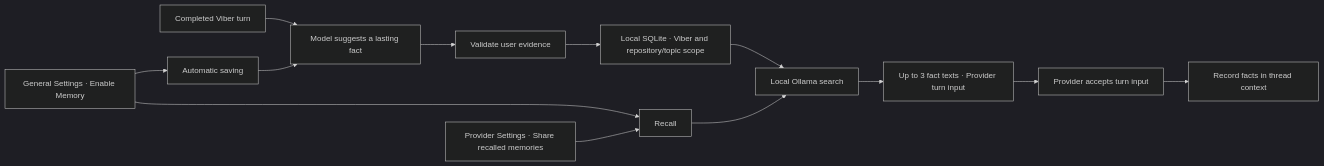
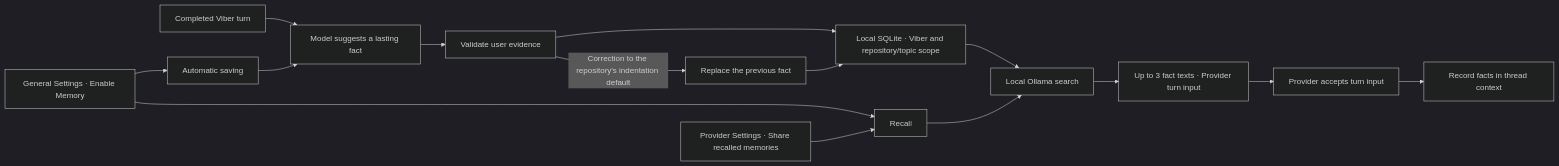
Before and after one commit to akshajrawat/akkco-vibestar: the second of 2 diagrams in FEATUREMAP.md, drawn with Mermaid (dark theme). The commit also changed 5 other files, not shown here.

````diff
--- a/FEATUREMAP.md
+++ b/FEATUREMAP.md
@@ -73,12 +73,13 @@
 ```mermaid
 flowchart LR
     Viber["Completed Viber turn"] --> Suggest["Model suggests a lasting fact"]
     Settings["General Settings · Enable Memory"] --> Learn["Automatic saving"]
     Settings --> Recall["Recall"]
     Permissions["Provider Settings · Share recalled memories"] --> Recall
     Learn --> Suggest --> Evidence["Validate user evidence"]
     Evidence --> Storage["Local SQLite · Viber and repository/topic scope"]
+    Evidence -- "Correction to the repository's indentation default" --> Replace["Replace the previous fact"] --> Storage
     Storage --> Ollama["Local Ollama search"]
     Recall --> Ollama --> Share["Up to 3 fact texts · Provider turn input"]
     Share --> Accept["Provider accepts turn input"] --> Record["Record facts in thread context"]
 ```
````
